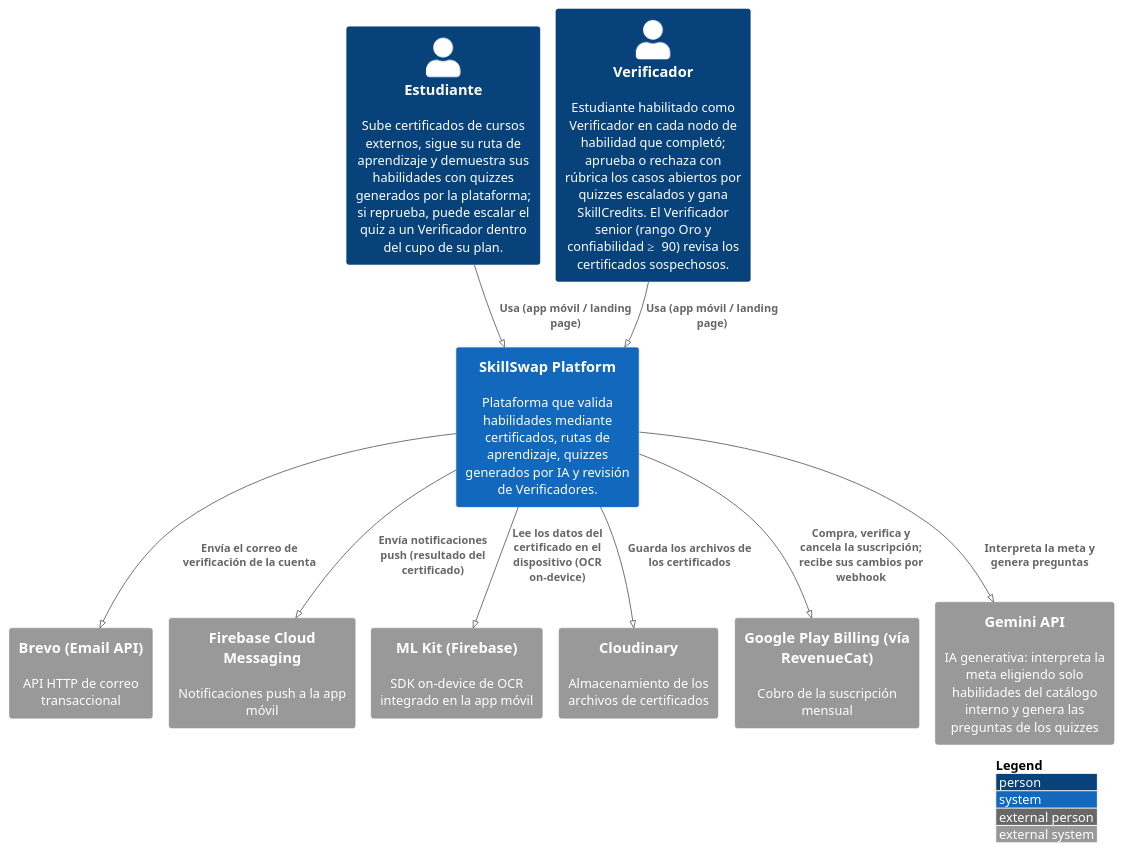
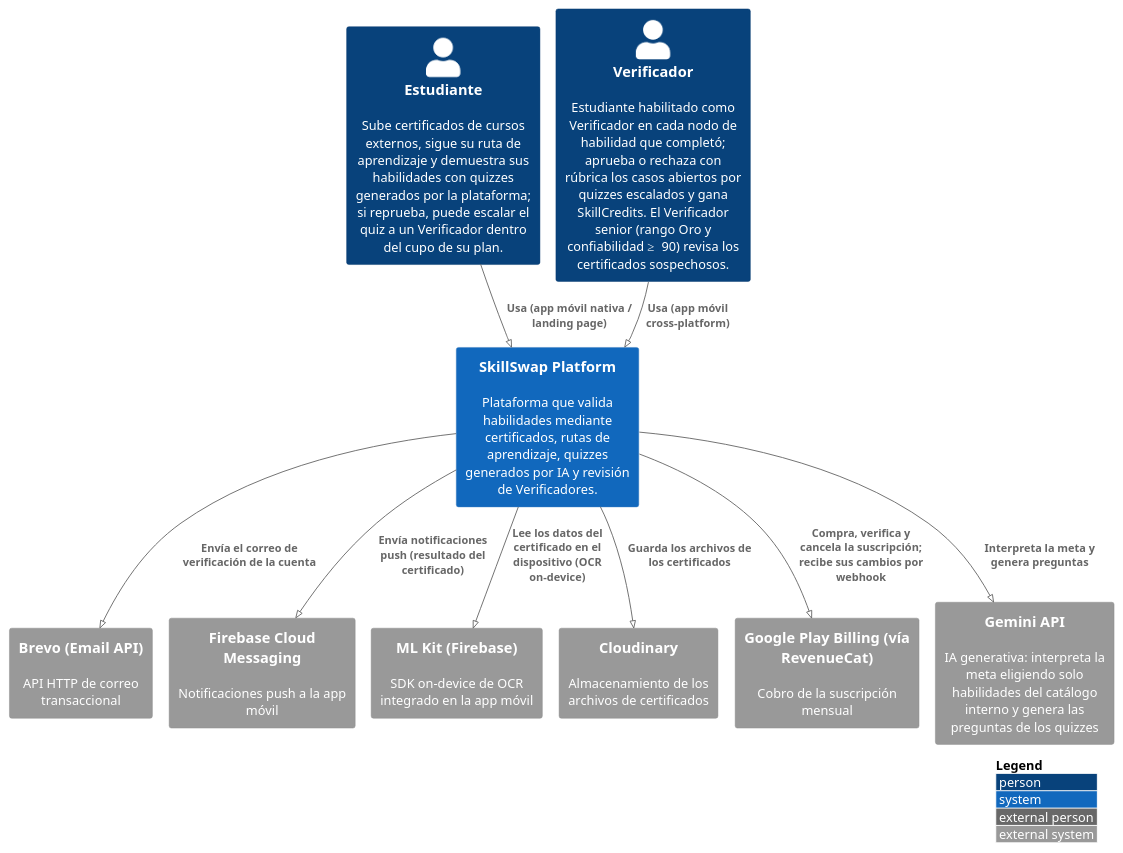
One commit to Aplicaciones-Dispositivos-Moviles/SkillSwap-ProjectReport changed the diagram in DB&C4/System_Context_Diagram.puml. Above: the diagram before and after it, drawn with PlantUML. The commit also changed 5 other files, not shown here.

Commit message:
docs(c4): differentiate actors by app in context, container and deployment diagrams

```diff
--- a/DB&C4/System_Context_Diagram.puml
+++ b/DB&C4/System_Context_Diagram.puml
@@ -1,29 +1,29 @@
 @startuml SkillSwapSystemContext
 !pragma layout smetana
 !include https://raw.githubusercontent.com/plantuml-stdlib/C4-PlantUML/master/C4_Context.puml
 
 LAYOUT_WITH_LEGEND()
 
 Person(student, "Estudiante", "Sube certificados de cursos externos, sigue su ruta de aprendizaje y demuestra sus habilidades con quizzes generados por la plataforma; si reprueba, puede escalar el quiz a un Verificador dentro del cupo de su plan.")
 Person(verifier, "Verificador", "Estudiante habilitado como Verificador en cada nodo de habilidad que completó; aprueba o rechaza con rúbrica los casos abiertos por quizzes escalados y gana SkillCredits. El Verificador senior (rango Oro y confiabilidad ≥ 90) revisa los certificados sospechosos.")
 
 System(skillSwapSystem, "SkillSwap Platform", "Plataforma que valida habilidades mediante certificados, rutas de aprendizaje, quizzes generados por IA y revisión de Verificadores.")
 
 System_Ext(emailService, "Brevo (Email API)", "API HTTP de correo transaccional")
 System_Ext(pushService, "Firebase Cloud Messaging", "Notificaciones push a la app móvil")
 System_Ext(mlKitService, "ML Kit (Firebase)", "SDK on-device de OCR integrado en la app móvil")
 System_Ext(cloudStorage, "Cloudinary", "Almacenamiento de los archivos de certificados")
 System_Ext(googlePlayBilling, "Google Play Billing (vía RevenueCat)", "Cobro de la suscripción mensual")
 System_Ext(geminiApi, "Gemini API", "IA generativa: interpreta la meta eligiendo solo habilidades del catálogo interno y genera las preguntas de los quizzes")
 
-Rel(student, skillSwapSystem, "Usa (app móvil / landing page)")
-Rel(verifier, skillSwapSystem, "Usa (app móvil / landing page)")
+Rel(student, skillSwapSystem, "Usa (app móvil nativa / landing page)")
+Rel(verifier, skillSwapSystem, "Usa (app móvil cross-platform)")
 
 Rel(skillSwapSystem, emailService, "Envía el correo de verificación de la cuenta")
 Rel(skillSwapSystem, pushService, "Envía notificaciones push (resultado del certificado)")
 Rel(skillSwapSystem, mlKitService, "Lee los datos del certificado en el dispositivo (OCR on-device)")
 Rel(skillSwapSystem, cloudStorage, "Guarda los archivos de los certificados")
 Rel(skillSwapSystem, googlePlayBilling, "Compra, verifica y cancela la suscripción; recibe sus cambios por webhook")
 Rel(skillSwapSystem, geminiApi, "Interpreta la meta y genera preguntas")
 
 @enduml
```
